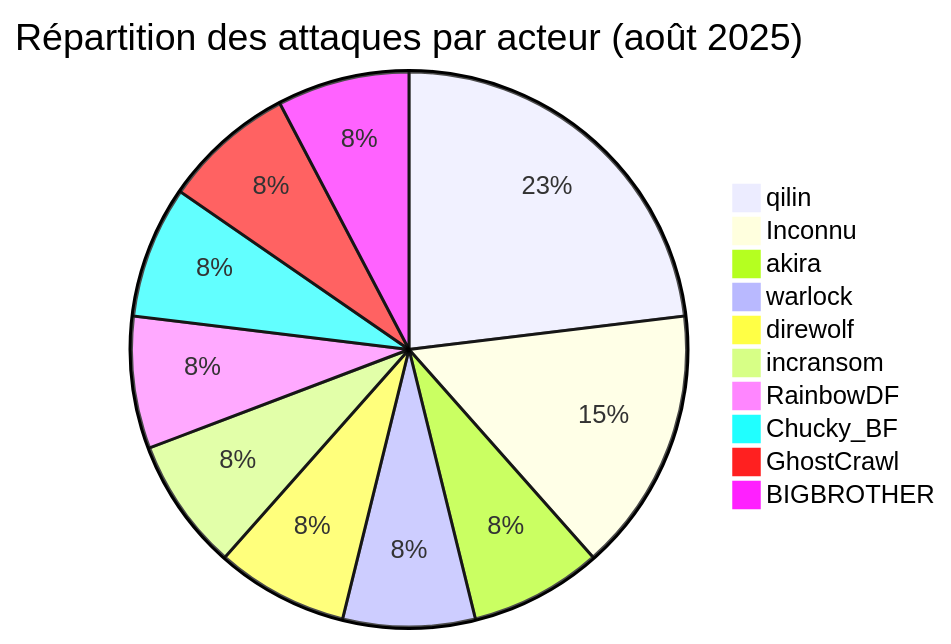
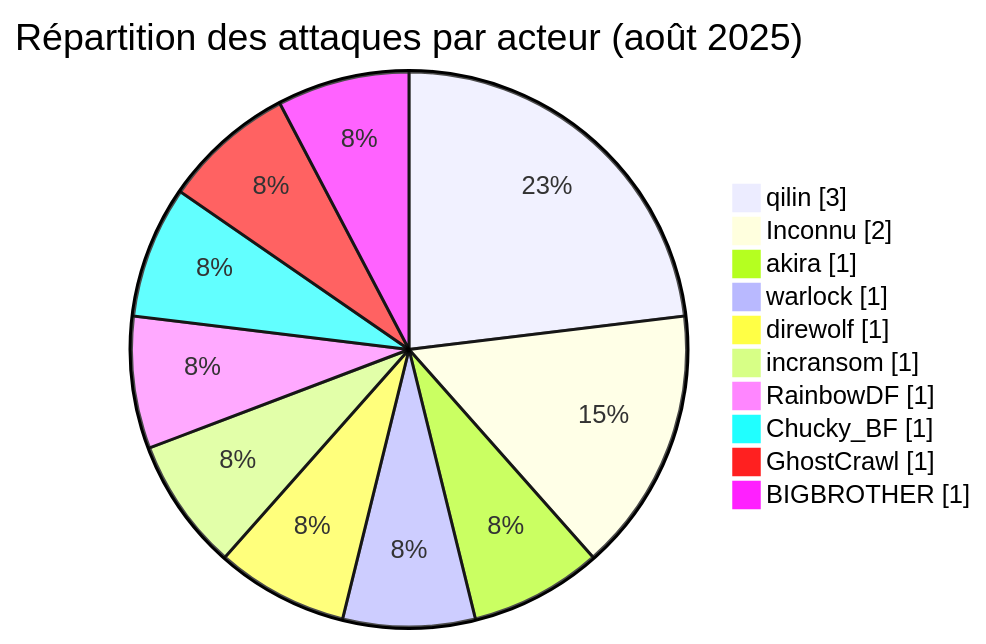
The first of 6 diagrams in CyberAttackAfrica/2025/08-august/README_FR.md (Hatchepsoute/AFRINTEL), drawn with Mermaid before and after one commit. The commit also changed other lines of this file and 182 other files, not shown here.

````diff
--- a/CyberAttackAfrica/2025/08-august/README_FR.md
+++ b/CyberAttackAfrica/2025/08-august/README_FR.md
@@ -36,13 +38,14 @@
 ```mermaid
-pie title Répartition des attaques par acteur (août 2025)
+pie showData
+    title Répartition des attaques par acteur (août 2025)
     "qilin" : 3
     "Inconnu" : 2
     "akira" : 1
     "warlock" : 1
     "direwolf" : 1
     "incransom" : 1
     "RainbowDF" : 1
     "Chucky_BF" : 1
     "GhostCrawl" : 1
     "BIGBROTHER" : 1
 ```
````
